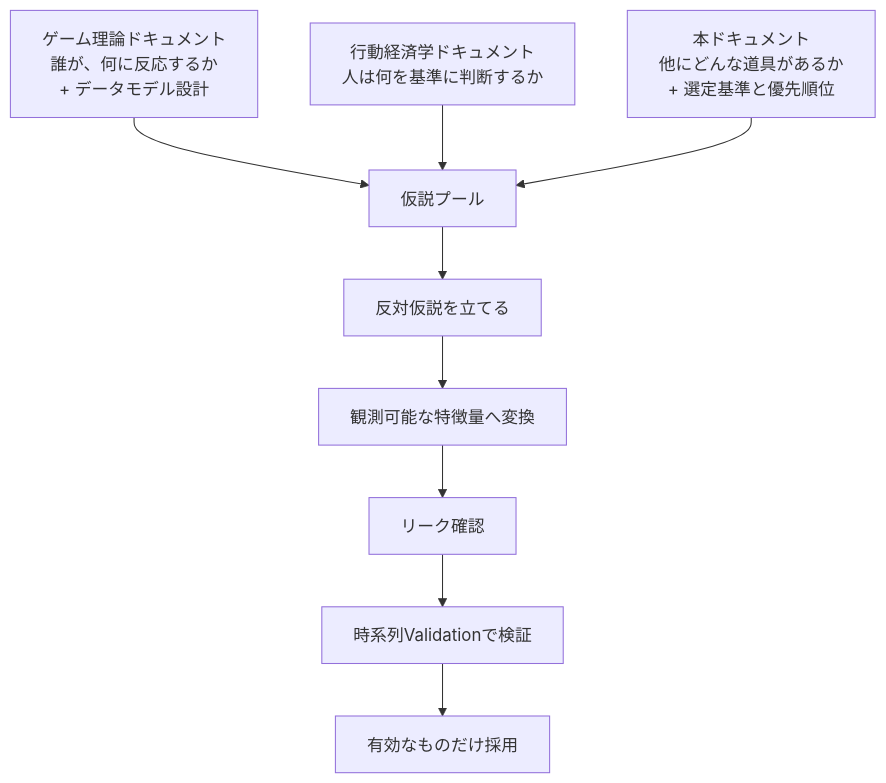
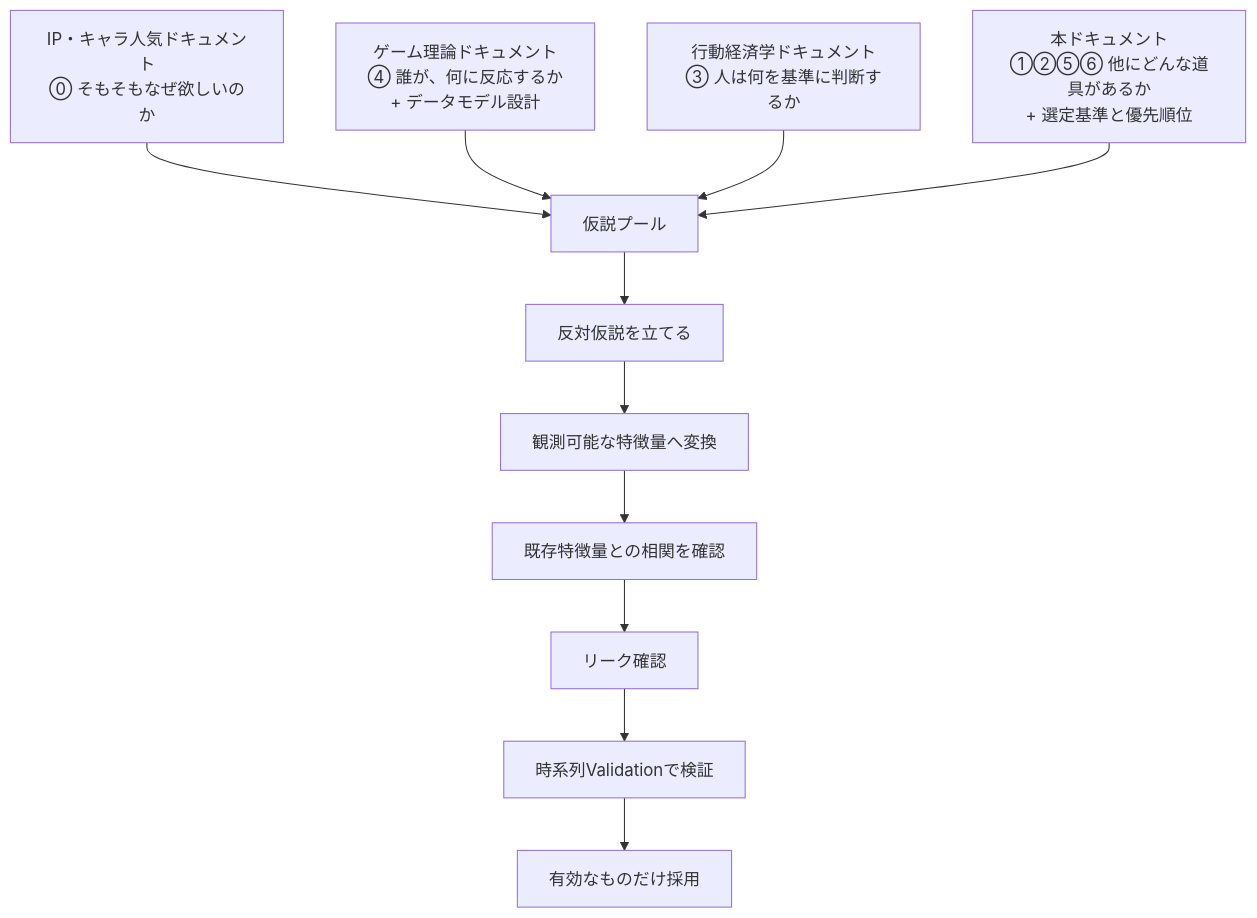
Before and after one commit to mgmaru/ml-model-tuning-sandbox: the sixth of 6 diagrams in docs/data-science/hypothesis_generating_frameworks.md, drawn with Mermaid. The commit also changed other lines of this file and 3 other files, not shown here.

````diff
--- a/docs/data-science/hypothesis_generating_frameworks.md
+++ b/docs/data-science/hypothesis_generating_frameworks.md
@@ -1293,11 +1326,13 @@
 ```mermaid
 flowchart TD
-    A["ゲーム理論ドキュメント<br>誰が、何に反応するか<br>+ データモデル設計"] --> D["仮説プール"]
-    B["行動経済学ドキュメント<br>人は何を基準に判断するか"] --> D
-    C["本ドキュメント<br>他にどんな道具があるか<br>+ 選定基準と優先順位"] --> D
+    E0["IP・キャラ人気ドキュメント<br>⓪ そもそもなぜ欲しいのか"] --> D["仮説プール"]
+    A["ゲーム理論ドキュメント<br>④ 誰が、何に反応するか<br>+ データモデル設計"] --> D
+    B["行動経済学ドキュメント<br>③ 人は何を基準に判断するか"] --> D
+    C["本ドキュメント<br>①②⑤⑥ 他にどんな道具があるか<br>+ 選定基準と優先順位"] --> D
     D --> E["反対仮説を立てる"]
     E --> F["観測可能な特徴量へ変換"]
-    F --> G["リーク確認"]
+    F --> G2["既存特徴量との相関を確認"]
+    G2 --> G["リーク確認"]
     G --> H["時系列Validationで検証"]
     H --> I["有効なものだけ採用"]
 ```
````
